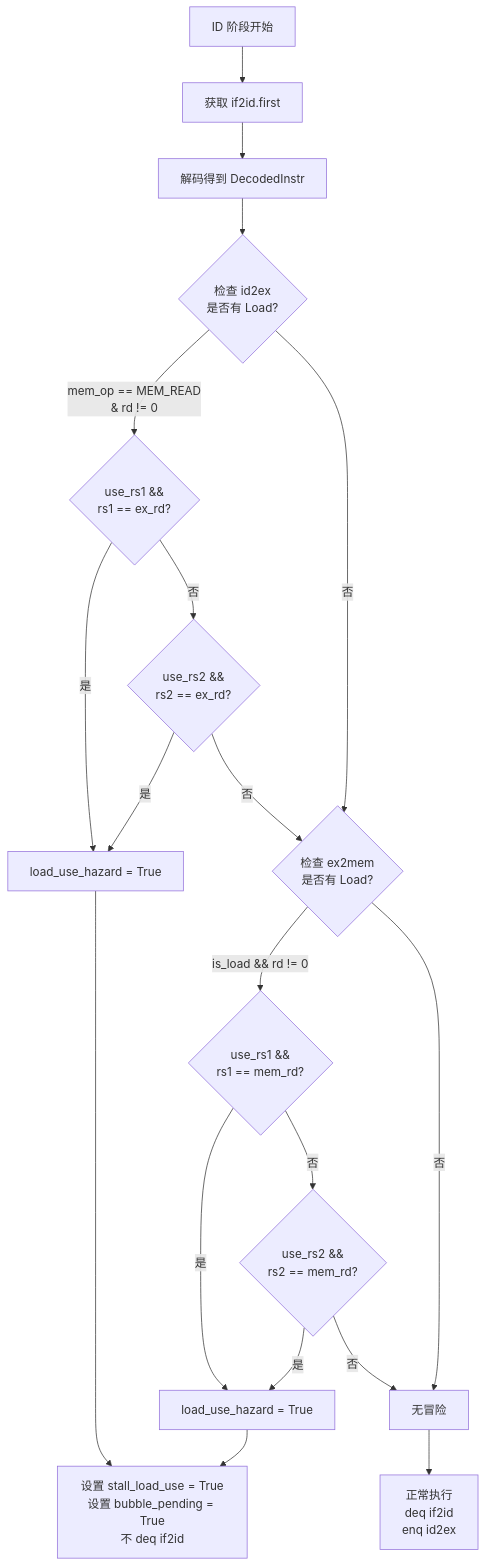
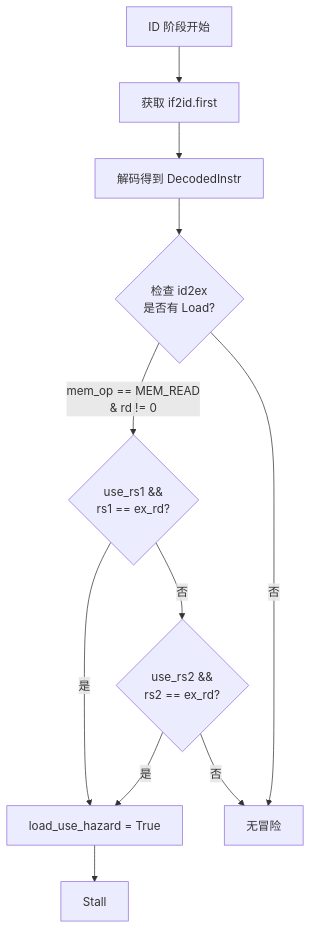
The second of 5 diagrams in docs/load-use-hazard.md (daivy2333/riscv-bsv-processor), drawn with Mermaid before and after one commit. The commit also changed other lines of this file and 6 other files, not shown here.

````diff
--- a/docs/load-use-hazard.md
+++ b/docs/load-use-hazard.md
@@ -42,31 +43,17 @@
 ```mermaid
 flowchart TB
     Start["ID 阶段开始"] --> GetPkt["获取 if2id.first"]
     GetPkt --> Decode["解码得到 DecodedInstr"]
     Decode --> CheckEX{"检查 id2ex<br/>是否有 Load?"}
 
-    CheckEX -->|"mem_op == MEM_READ<br/>& rd != 0"| CheckEXRs1
-    CheckEX -->|否| CheckMEM
+    CheckEX -->|"mem_op == MEM_READ<br/>& rd != 0"| CheckRs1
+    CheckEX -->|否| NoHazard["无冒险"]
 
-    CheckEXRs1{"use_rs1 &&<br/>rs1 == ex_rd?"}
-    CheckEXRs1 -->|是| SetHazard1["load_use_hazard = True"]
-    CheckEXRs1 -->|否| CheckEXRs2{"use_rs2 &&<br/>rs2 == ex_rd?"}
-    CheckEXRs2 -->|是| SetHazard1
-    CheckEXRs2 -->|否| CheckMEM
+    CheckRs1{"use_rs1 &&<br/>rs1 == ex_rd?"}
+    CheckRs1 -->|是| SetHazard["load_use_hazard = True"]
+    CheckRs1 -->|否| CheckRs2{"use_rs2 &&<br/>rs2 == ex_rd?"}
+    CheckRs2 -->|是| SetHazard
+    CheckRs2 -->|否| NoHazard
 
-    CheckMEM{"检查 ex2mem<br/>是否有 Load?"}
-    CheckMEM -->|"is_load && rd != 0"| CheckMEMRs1
-    CheckMEM -->|否| NoHazard["无冒险"]
-
-    CheckMEMRs1{"use_rs1 &&<br/>rs1 == mem_rd?"}
-    CheckMEMRs1 -->|是| SetHazard2["load_use_hazard = True"]
-    CheckMEMRs1 -->|否| CheckMEMRs2{"use_rs2 &&<br/>rs2 == mem_rd?"}
-    CheckMEMRs2 -->|是| SetHazard2
-    CheckMEMRs2 -->|否| NoHazard
-
-    SetHazard1 --> Stall
-    SetHazard2 --> Stall
-
-    Stall["设置 stall_load_use = True<br/>设置 bubble_pending = True<br/>不 deq if2id"]
-    NoHazard --> Normal["正常执行<br/>deq if2id<br/>enq id2ex"]
+    SetHazard --> Stall
 ```
````
